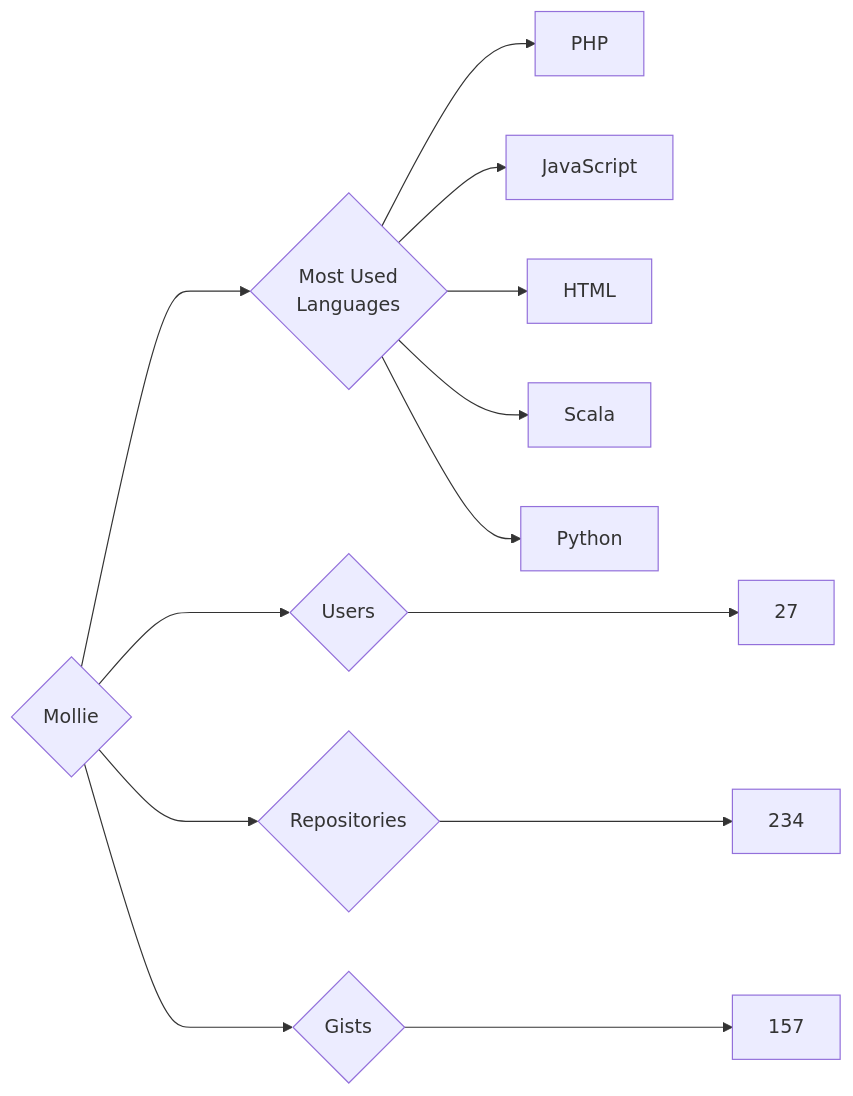
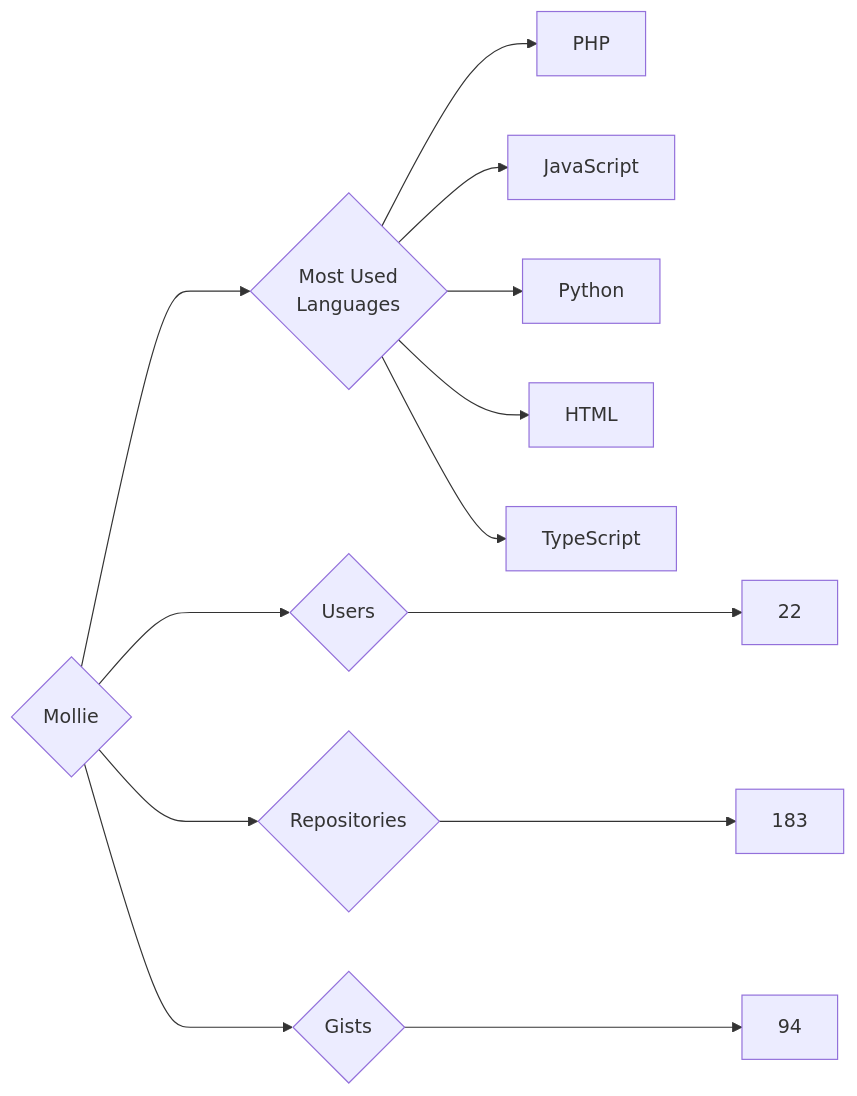
One commit to trickest/insiders changed the diagram in targets/Mollie/README.md. Above: the diagram before and after it, drawn with Mermaid. The commit also changed 878 other files, not shown here.

````diff
--- a/targets/Mollie/README.md
+++ b/targets/Mollie/README.md
@@ -3,13 +3,13 @@
 ```mermaid
 graph LR
 COMPANY_NAME{Mollie}
-COMPANY_NAME ---> U{Users} ---> UN[27]
-COMPANY_NAME ---> R{Repositories} ---> RN[234]
-COMPANY_NAME ---> G{Gists} ---> GN[157]
+COMPANY_NAME ---> U{Users} ---> UN[22]
+COMPANY_NAME ---> R{Repositories} ---> RN[183]
+COMPANY_NAME ---> G{Gists} ---> GN[94]
 COMPANY_NAME ---> ML{Most Used<br>Languages}
 ML --> PHP[PHP]
 ML --> JavaScript[JavaScript]
+ML --> Python[Python]
 ML --> HTML[HTML]
-ML --> Scala[Scala]
-ML --> Python[Python]
+ML --> TypeScript[TypeScript]
 ```
````
